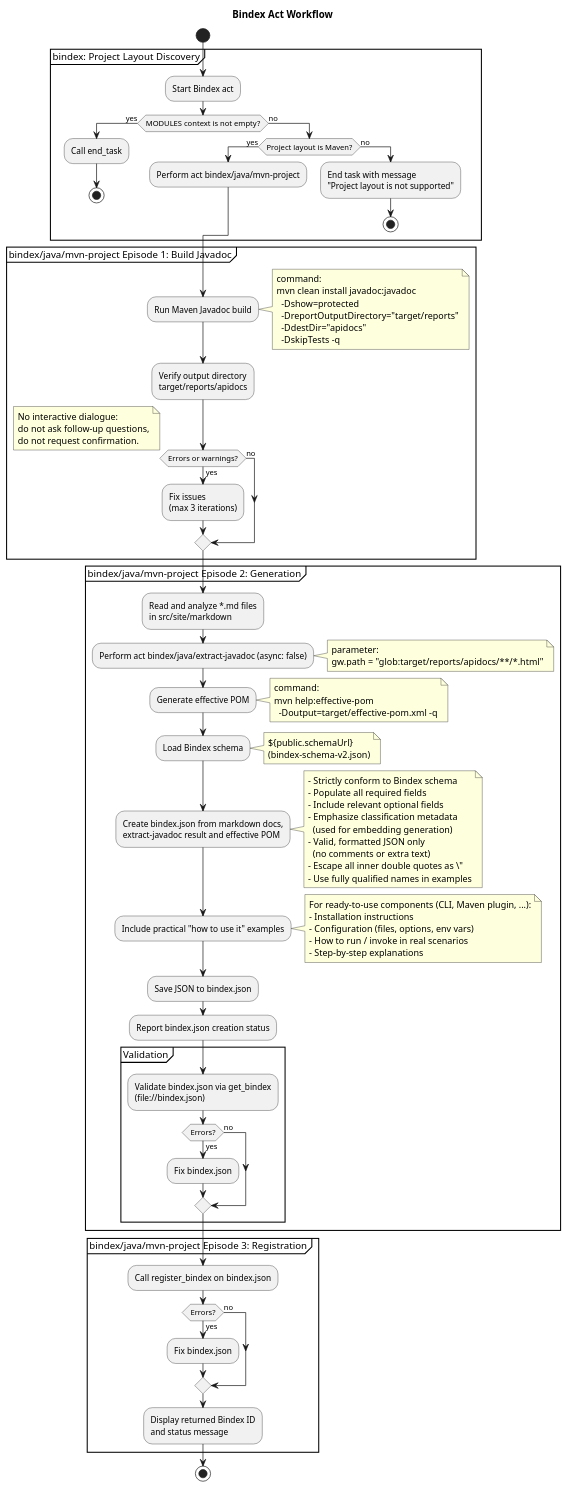
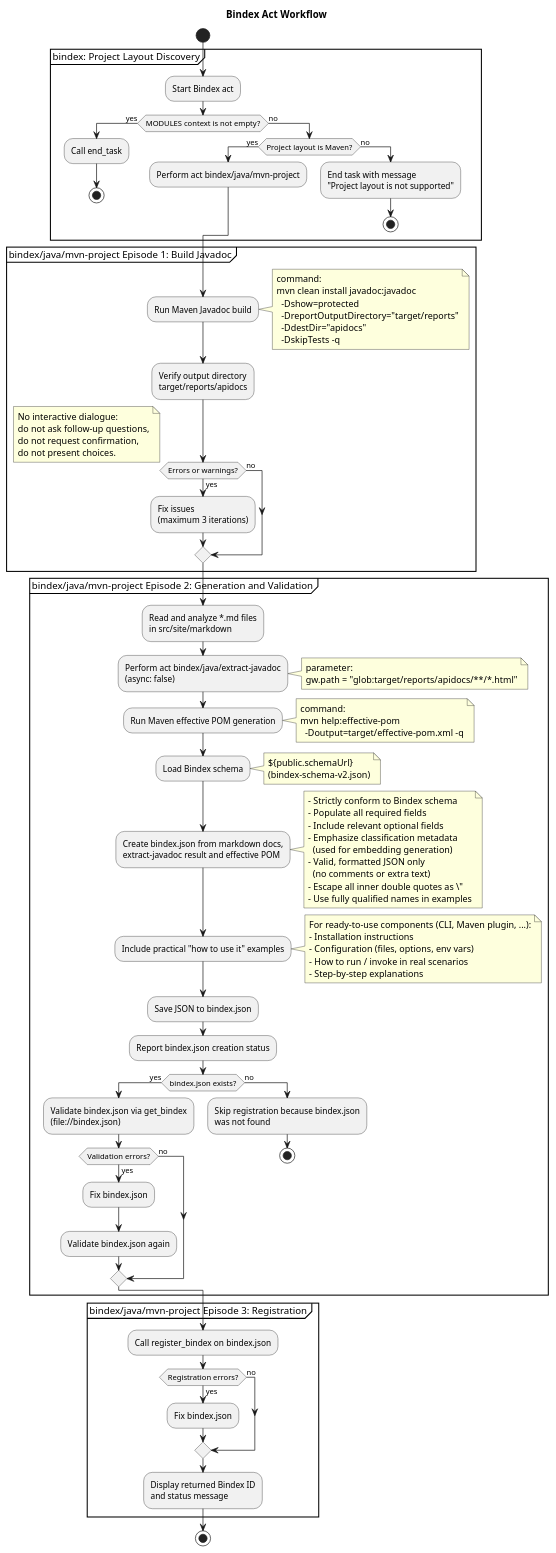
The diagram in bindex-core/src/site/puml/bindex-act-workflow.puml (machanism-org/machai), drawn with PlantUML before and after one commit. The commit also changed 79 other files, not shown here.

```diff
--- a/bindex-core/src/site/puml/bindex-act-workflow.puml
+++ b/bindex-core/src/site/puml/bindex-act-workflow.puml
@@ -5,106 +5,111 @@
 @startuml bindex-workflow
 
 title Bindex Act Workflow
 
 start
 
 partition "bindex: Project Layout Discovery" {
   :Start Bindex act;
   if (MODULES context is not empty?) then (yes)
     :Call end_task;
     stop
   else (no)
     if (Project layout is Maven?) then (yes)
       :Perform act bindex/java/mvn-project;
     else (no)
       :End task with message\n"Project layout is not supported";
       stop
     endif
   endif
 }
 
 partition "bindex/java/mvn-project Episode 1: Build Javadoc" {
   :Run Maven Javadoc build;
   note right
     command:
     mvn clean install javadoc:javadoc
       -Dshow=protected
       -DreportOutputDirectory="target/reports"
       -DdestDir="apidocs"
       -DskipTests -q
   end note
   :Verify output directory\ntarget/reports/apidocs;
   if (Errors or warnings?) then (yes)
-    :Fix issues\n(max 3 iterations);
+    :Fix issues\n(maximum 3 iterations);
   else (no)
   endif
   note right
     No interactive dialogue:
     do not ask follow-up questions,
-    do not request confirmation.
+    do not request confirmation,
+    do not present choices.
   end note
 }
 
-partition "bindex/java/mvn-project Episode 2: Generation" {
+partition "bindex/java/mvn-project Episode 2: Generation and Validation" {
   :Read and analyze *.md files\nin src/site/markdown;
-  :Perform act bindex/java/extract-javadoc (async: false);
+  :Perform act bindex/java/extract-javadoc\n(async: false);
   note right
     parameter:
     gw.path = "glob:target/reports/apidocs/**/*.html"
   end note
-  :Generate effective POM;
+  :Run Maven effective POM generation;
   note right
     command:
     mvn help:effective-pom
       -Doutput=target/effective-pom.xml -q
   end note
   :Load Bindex schema;
   note right
     ${public.schemaUrl}
     (bindex-schema-v2.json)
   end note
   :Create bindex.json from markdown docs,
   extract-javadoc result and effective POM;
   note right
     - Strictly conform to Bindex schema
     - Populate all required fields
     - Include relevant optional fields
     - Emphasize classification metadata
       (used for embedding generation)
     - Valid, formatted JSON only
       (no comments or extra text)
     - Escape all inner double quotes as \"
     - Use fully qualified names in examples
   end note
   :Include practical "how to use it" examples;
   note right
     For ready-to-use components (CLI, Maven plugin, ...):
     - Installation instructions
     - Configuration (files, options, env vars)
     - How to run / invoke in real scenarios
     - Step-by-step explanations
   end note
   :Save JSON to bindex.json;
   :Report bindex.json creation status;
 
-  partition "Validation" {
+  if (bindex.json exists?) then (yes)
     :Validate bindex.json via get_bindex\n(file://bindex.json);
-    if (Errors?) then (yes)
+    if (Validation errors?) then (yes)
       :Fix bindex.json;
+      :Validate bindex.json again;
     else (no)
     endif
-  }
+  else (no)
+    :Skip registration because bindex.json\nwas not found;
+    stop
+  endif
 }
 
 partition "bindex/java/mvn-project Episode 3: Registration" {
   :Call register_bindex on bindex.json;
-  if (Errors?) then (yes)
+  if (Registration errors?) then (yes)
     :Fix bindex.json;
   else (no)
   endif
   :Display returned Bindex ID\nand status message;
 }
 
 stop
 
 @enduml
```
